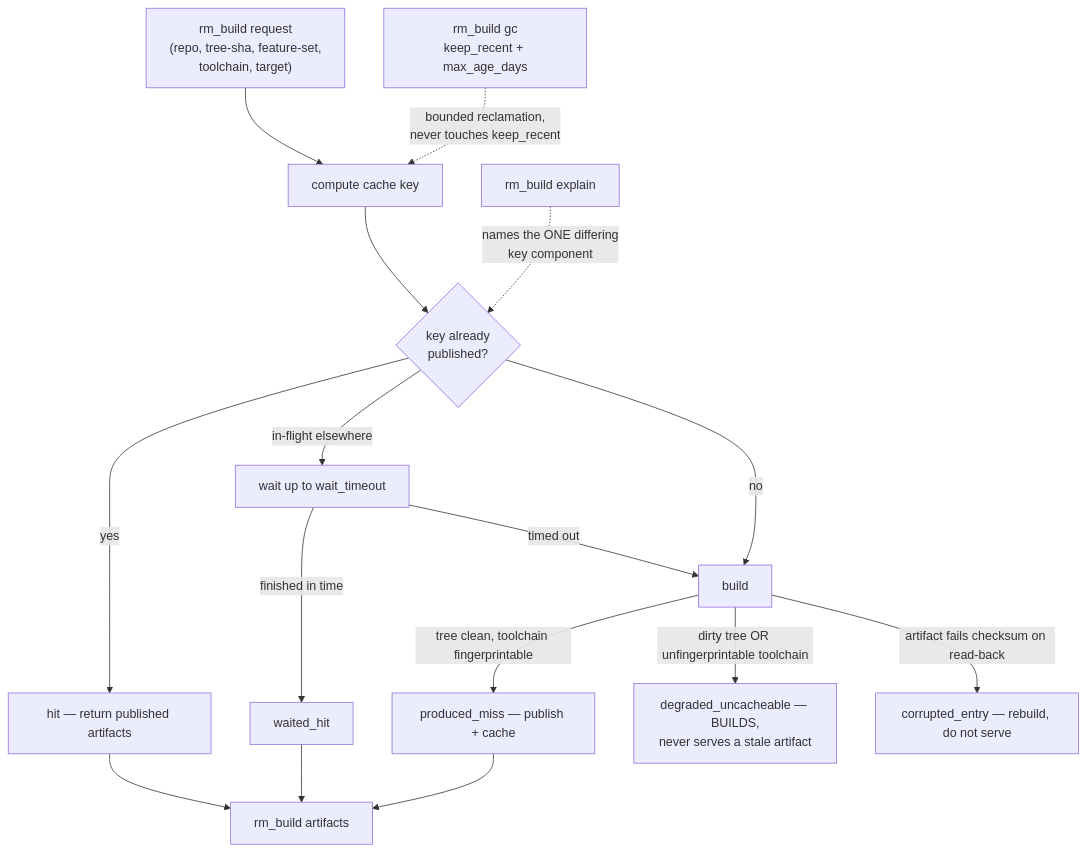
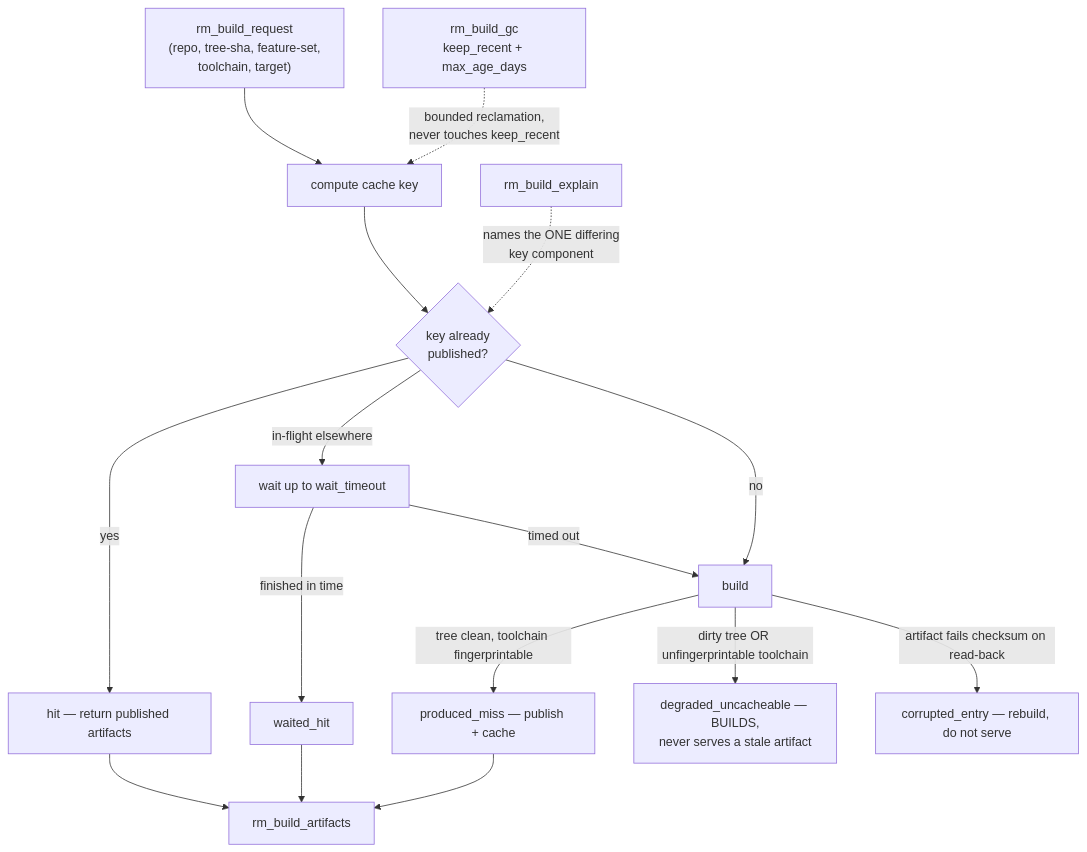
Before and after one commit to Knuckles-Team/repository-manager: the diagram in repository_manager/skills/repository-manager-build-coordination/SKILL.md, drawn with Mermaid. The commit also changed other lines of this file and 33 other files, not shown here.

````diff
--- a/repository_manager/skills/repository-manager-build-coordination/SKILL.md
+++ b/repository_manager/skills/repository-manager-build-coordination/SKILL.md
@@ -105,18 +105,18 @@
 ```mermaid
 flowchart TD
-    Req["rm_build request<br/>(repo, tree-sha, feature-set,<br/>toolchain, target)"] --> Key["compute cache key"]
+    Req["rm_build_request<br/>(repo, tree-sha, feature-set,<br/>toolchain, target)"] --> Key["compute cache key"]
     Key --> Check{"key already<br/>published?"}
     Check -->|"yes"| Hit["hit — return published artifacts"]
     Check -->|"in-flight elsewhere"| Wait["wait up to wait_timeout"]
     Wait -->|"finished in time"| WaitedHit["waited_hit"]
     Wait -->|"timed out"| Build
     Check -->|"no"| Build["build"]
     Build -->|"tree clean, toolchain fingerprintable"| Miss["produced_miss — publish + cache"]
     Build -->|"dirty tree OR unfingerprintable toolchain"| Degraded["degraded_uncacheable — BUILDS,<br/>never serves a stale artifact"]
     Build -->|"artifact fails checksum on read-back"| Corrupted["corrupted_entry — rebuild, do not serve"]
-    Hit --> Artifacts["rm_build artifacts"]
+    Hit --> Artifacts["rm_build_artifacts"]
     WaitedHit --> Artifacts
     Miss --> Artifacts
-    Explain["rm_build explain"] -.->|"names the ONE differing<br/>key component"| Check
-    GC["rm_build gc<br/>keep_recent + max_age_days"] -.->|"bounded reclamation,<br/>never touches keep_recent"| Key
+    Explain["rm_build_explain"] -.->|"names the ONE differing<br/>key component"| Check
+    GC["rm_build_gc<br/>keep_recent + max_age_days"] -.->|"bounded reclamation,<br/>never touches keep_recent"| Key
 ```
````
